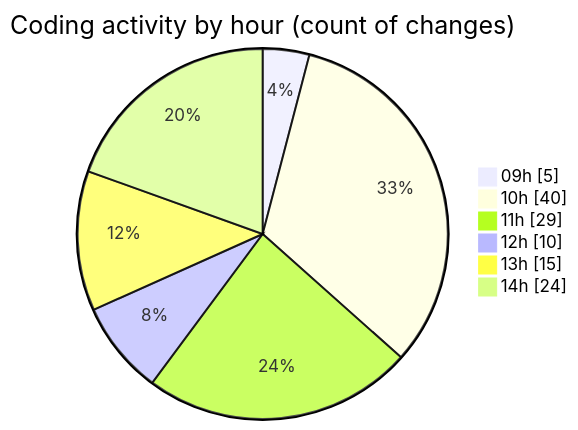
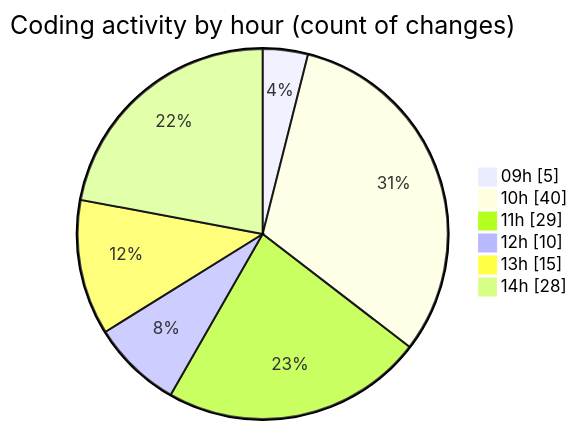
Before and after one commit to CELIANVF/code-tracking: the second of 2 diagrams in 2025-06-02/ecodeli-1/README.md, drawn with Mermaid. The commit also changed other lines of this file and 1 other file, not shown here.

````diff
--- a/2025-06-02/ecodeli-1/README.md
+++ b/2025-06-02/ecodeli-1/README.md
@@ -83,10 +87,10 @@
 ```mermaid
 pie showData
 title Coding activity by hour (count of changes)
 "09h" : 5
 "10h" : 40
 "11h" : 29
 "12h" : 10
 "13h" : 15
-"14h" : 24
+"14h" : 28
 ```
````
